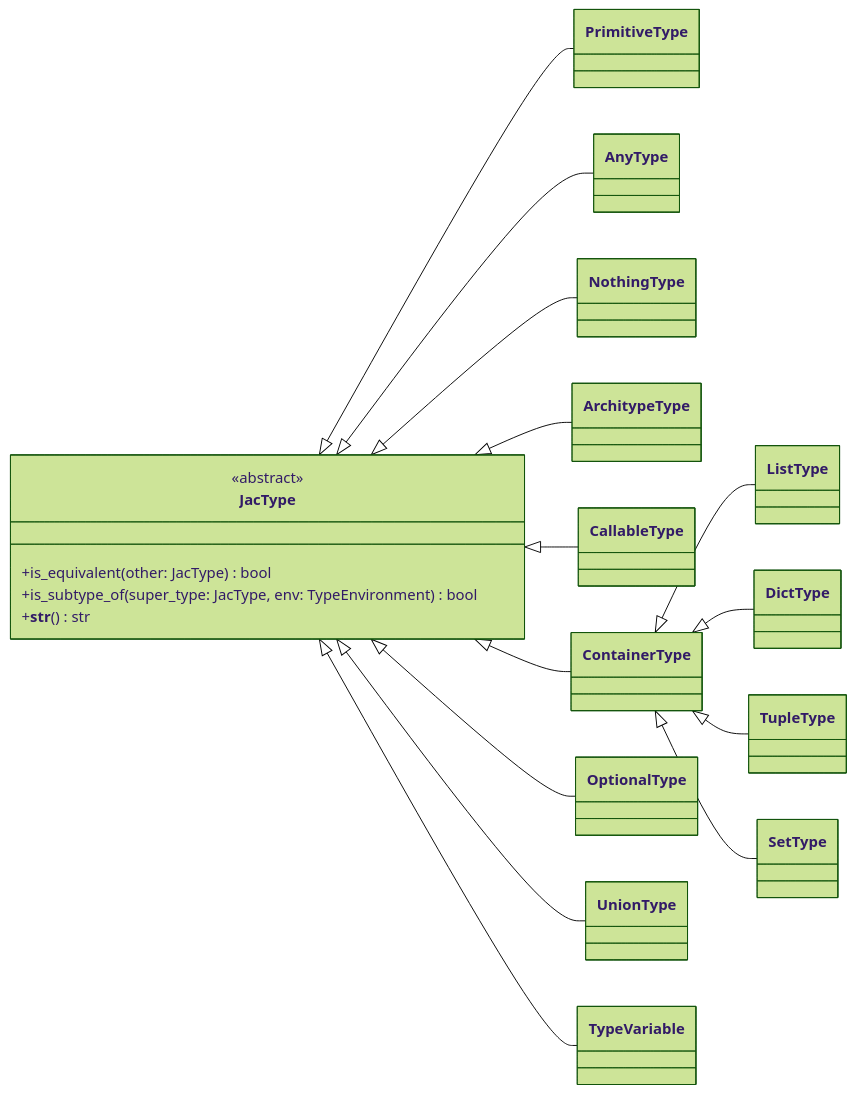
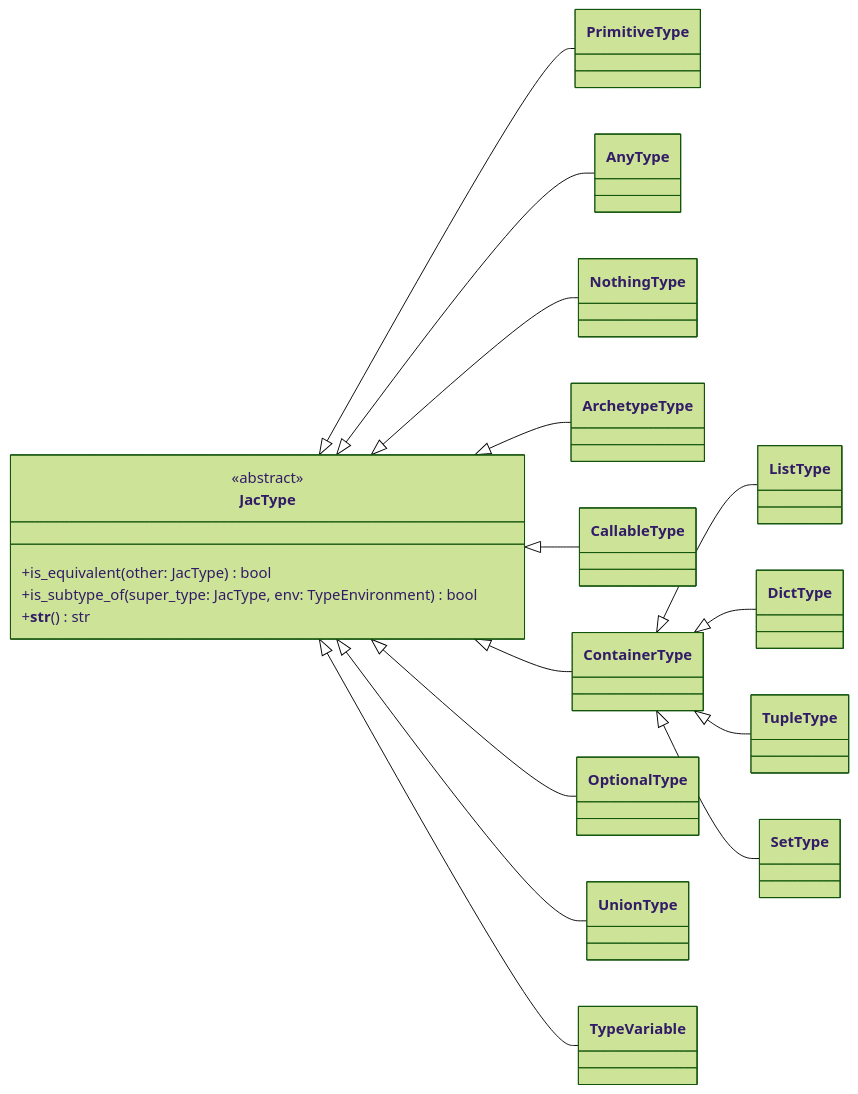
One commit to Jaseci-Labs/jaseci changed the second of 3 diagrams in docs/docs/internals/planning_specs/native_type_system/type_representation.md. Above: the diagram before and after it, drawn with Mermaid (forest theme). The commit also changed other lines of this file and 85 other files, not shown here.

````diff
--- a/docs/docs/internals/planning_specs/native_type_system/type_representation.md
+++ b/docs/docs/internals/planning_specs/native_type_system/type_representation.md
@@ -19,25 +19,25 @@
 ```mermaid
 classDiagram
     direction LR
     class JacType {
         <<abstract>>
         +is_equivalent(other: JacType) bool
         +is_subtype_of(super_type: JacType, env: TypeEnvironment) bool
         +__str__() str
     }
 
     JacType <|-- PrimitiveType
     JacType <|-- AnyType
     JacType <|-- NothingType
-    JacType <|-- ArchitypeType
+    JacType <|-- ArchetypeType
     JacType <|-- CallableType
     JacType <|-- ContainerType
     JacType <|-- OptionalType
     JacType <|-- UnionType
     JacType <|-- TypeVariable
 
     ContainerType <|-- ListType
     ContainerType <|-- DictType
     ContainerType <|-- TupleType
     ContainerType <|-- SetType
 ```
````
